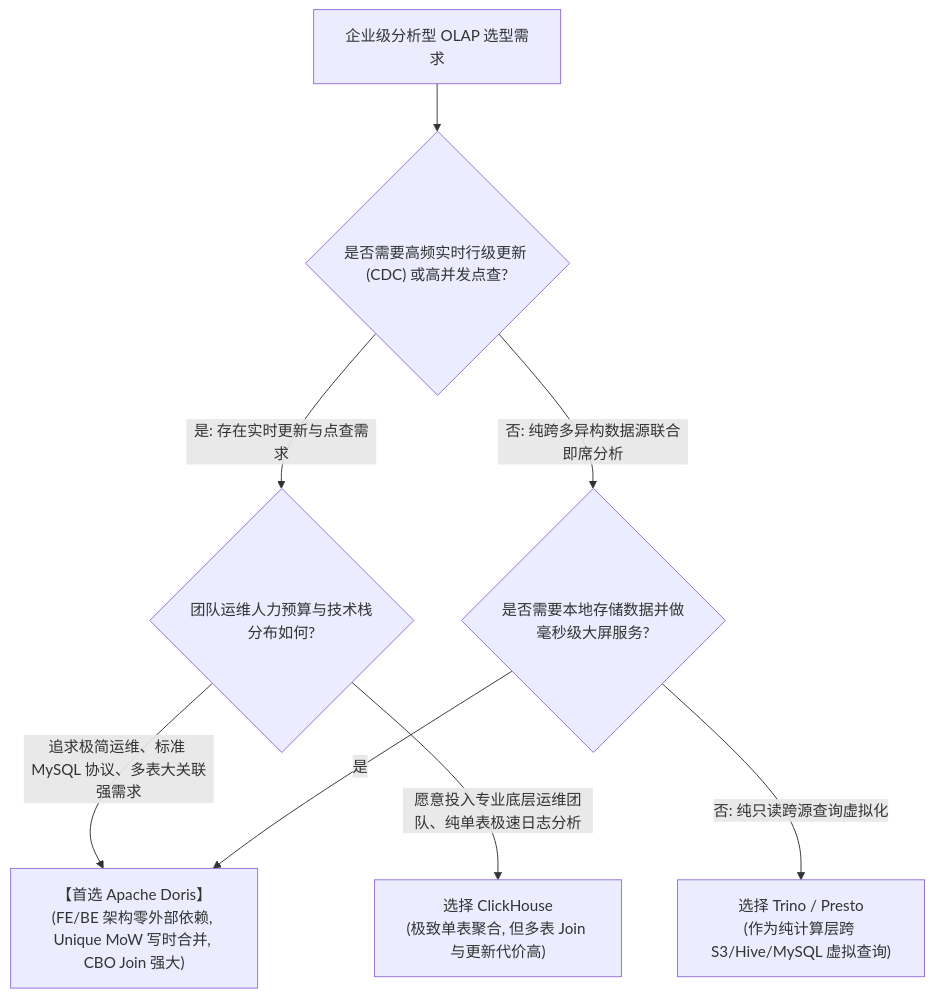
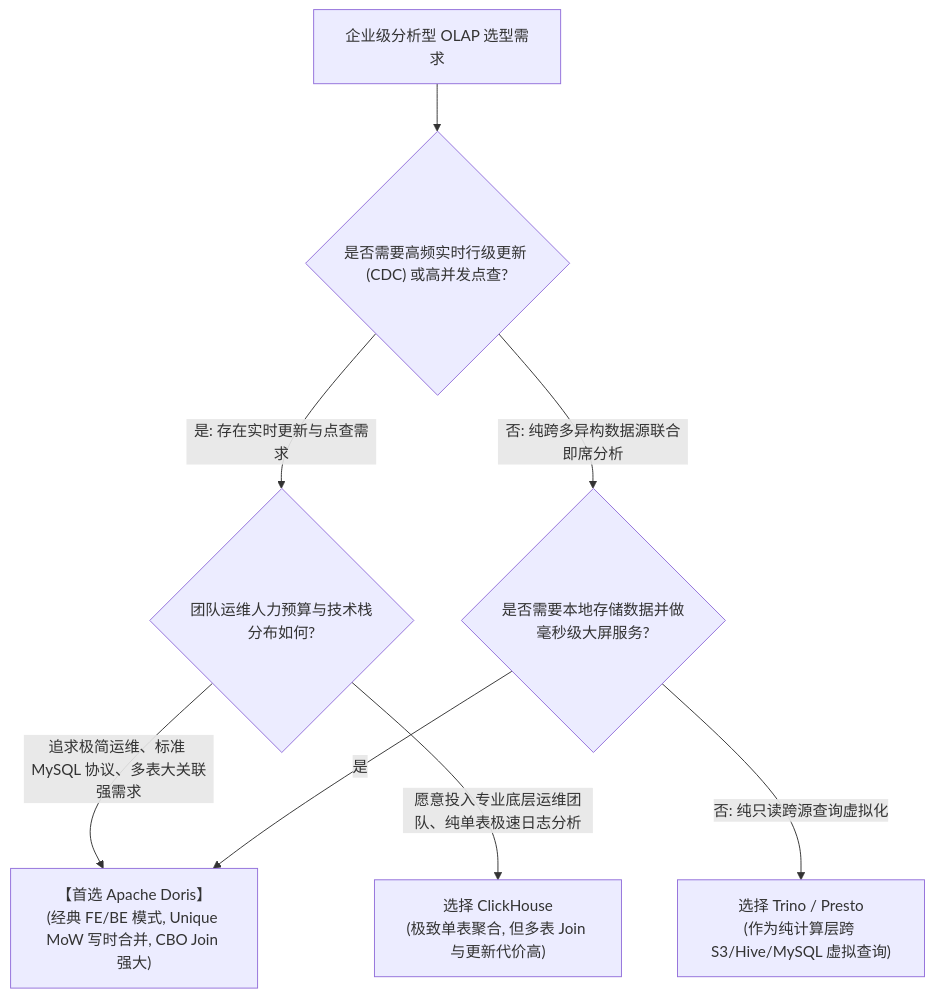
The fifth of 6 diagrams in 01-bigdata/08-doris-lakehouse/01-doris-realtime-olap.md (tieke1121/tech-interview-knowledge-base), drawn with Mermaid before and after one commit. The commit also changed other lines of this file and 22 other files, not shown here.

````diff
--- a/01-bigdata/08-doris-lakehouse/01-doris-realtime-olap.md
+++ b/01-bigdata/08-doris-lakehouse/01-doris-realtime-olap.md
@@ -369,10 +349,10 @@
 ```mermaid
 flowchart TD
     Req["企业级分析型 OLAP 选型需求"] --> Q1{"是否需要高频实时行级更新 (CDC) 或高并发点查?"}
     Q1 -->|是: 存在实时更新与点查需求| Q2{"团队运维人力预算与技术栈分布如何?"}
-    Q2 -->|追求极简运维、标准 MySQL 协议、多表大关联强需求| SelDoris["【首选 Apache Doris】<br/>(FE/BE 架构零外部依赖, Unique MoW 写时合并, CBO Join 强大)"]
+    Q2 -->|追求极简运维、标准 MySQL 协议、多表大关联强需求| SelDoris["【首选 Apache Doris】<br/>(经典 FE/BE 模式, Unique MoW 写时合并, CBO Join 强大)"]
     Q2 -->|愿意投入专业底层运维团队、纯单表极速日志分析| SelCH["选择 ClickHouse<br/>(极致单表聚合, 但多表 Join 与更新代价高)"]
     Q1 -->|否: 纯跨多异构数据源联合即席分析| Q3{"是否需要本地存储数据并做毫秒级大屏服务?"}
     Q3 -->|是| SelDoris
     Q3 -->|否: 纯只读跨源查询虚拟化| SelTrino["选择 Trino / Presto<br/>(作为纯计算层跨 S3/Hive/MySQL 虚拟查询)"]
 ```
````
